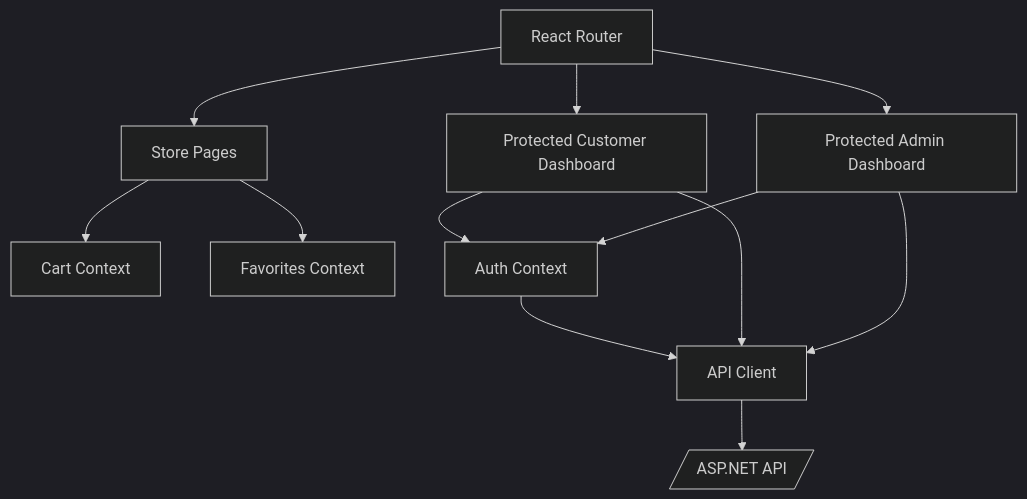
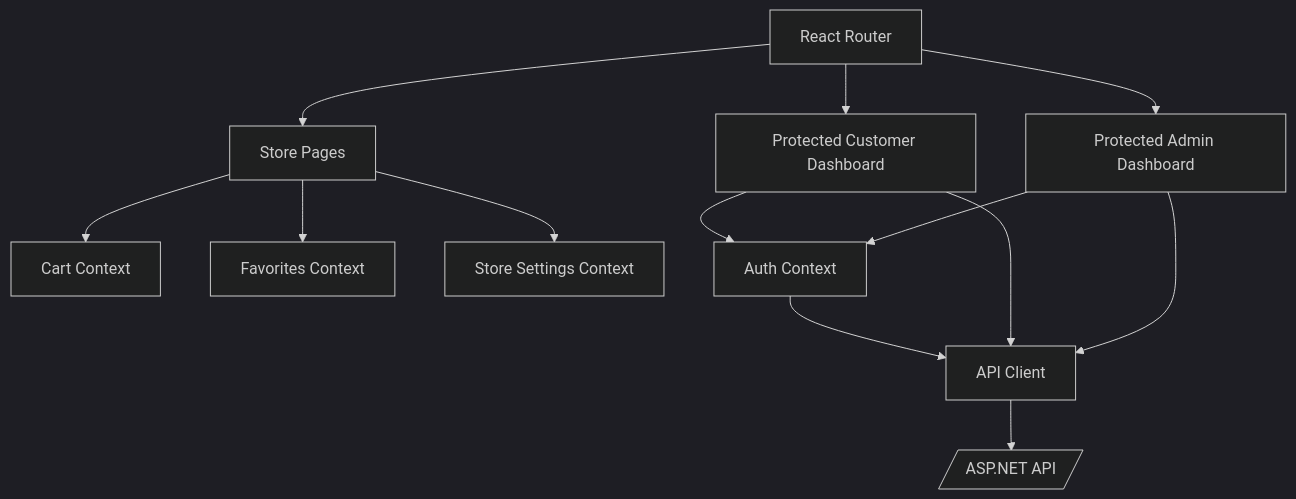
Before and after one commit to mohamadkheiry/mobinsilver: the fourth of 6 diagrams in docs/architecture.md, drawn with Mermaid (dark theme). The commit also changed other lines of this file and 43 other files, not shown here.

````diff
--- a/docs/architecture.md
+++ b/docs/architecture.md
@@ -66,14 +66,15 @@
 ```mermaid
 flowchart TB
     Router[React Router] --> Public[Store Pages]
     Router --> Customer[Protected Customer Dashboard]
     Router --> Admin[Protected Admin Dashboard]
     Public --> Cart[Cart Context]
     Public --> Favorite[Favorites Context]
+    Public --> Store[Store Settings Context]
     Customer --> Auth[Auth Context]
     Admin --> Auth
     Auth --> Client[API Client]
     Customer --> Client
     Admin --> Client
     Client --> API[/ASP.NET API/]
 ```
````
